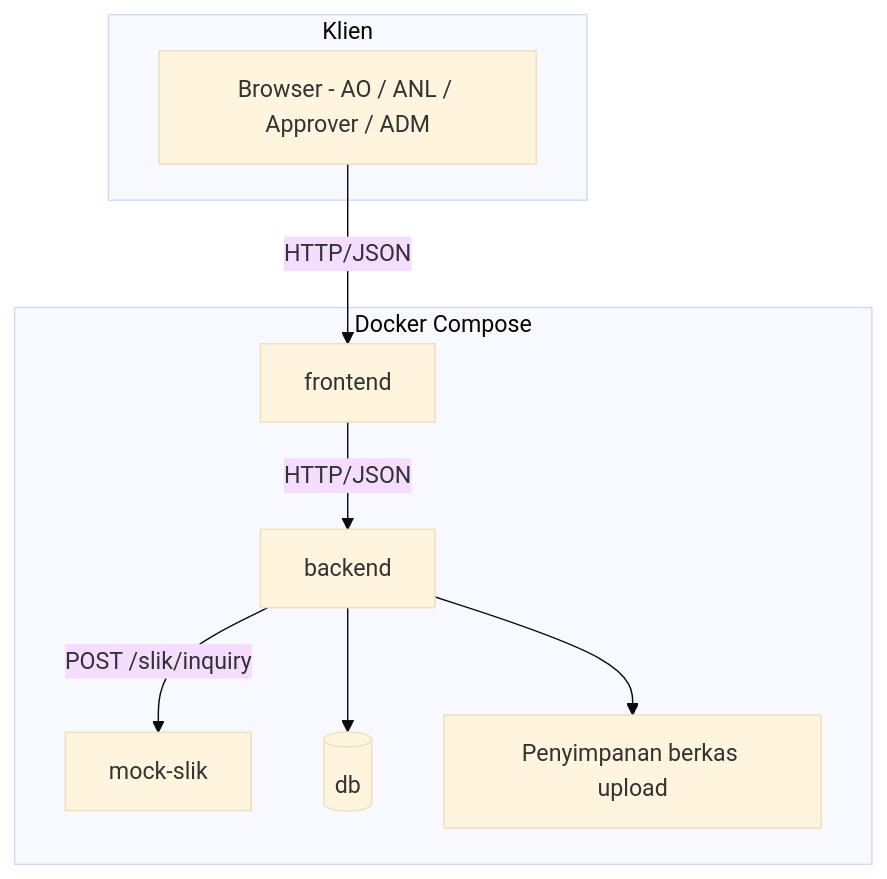
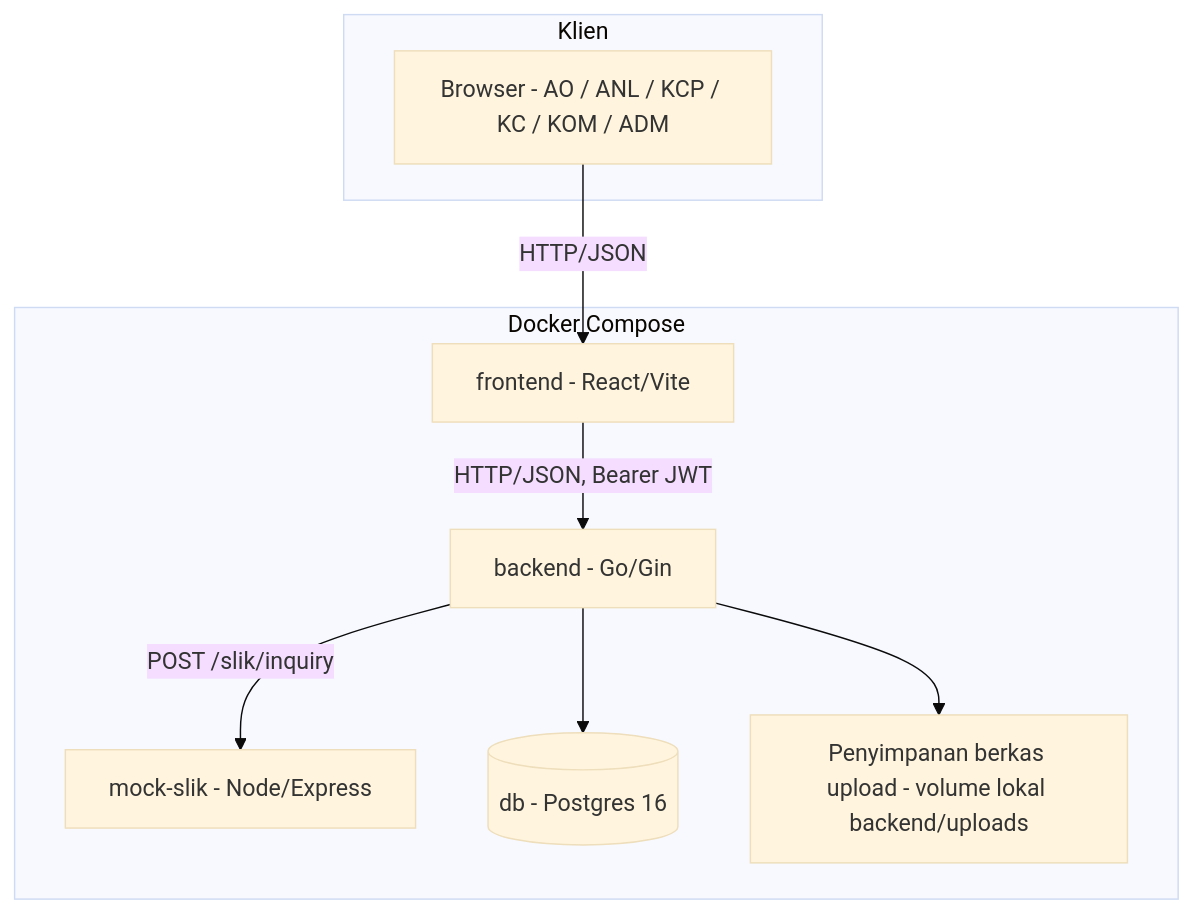
One commit to irgiys/tim1gow changed the first of 6 diagrams in docs/SDD-iMitra.md. Above: the diagram before and after it, drawn with Mermaid (base theme). The commit also changed other lines of this file, not shown here.

````diff
--- a/docs/SDD-iMitra.md
+++ b/docs/SDD-iMitra.md
@@ -78,18 +56,18 @@
 ```mermaid
 graph TB
   subgraph Klien
-    BROWSER[Browser - AO / ANL / Approver / ADM]
+    BROWSER[Browser - AO / ANL / KCP / KC / KOM / ADM]
   end
   subgraph Docker Compose
-    FE[frontend]
-    BE[backend]
-    SLIK[mock-slik]
-    DB[(db)]
-    FILES[Penyimpanan berkas upload]
+    FE[frontend - React/Vite]
+    BE[backend - Go/Gin]
+    SLIK[mock-slik - Node/Express]
+    DB[(db - Postgres 16)]
+    FILES[Penyimpanan berkas upload - volume lokal backend/uploads]
   end
   BROWSER -->|HTTP/JSON| FE
-  FE -->|HTTP/JSON| BE
+  FE -->|HTTP/JSON, Bearer JWT| BE
   BE -->|POST /slik/inquiry| SLIK
   BE --> DB
   BE --> FILES
 ```
````
